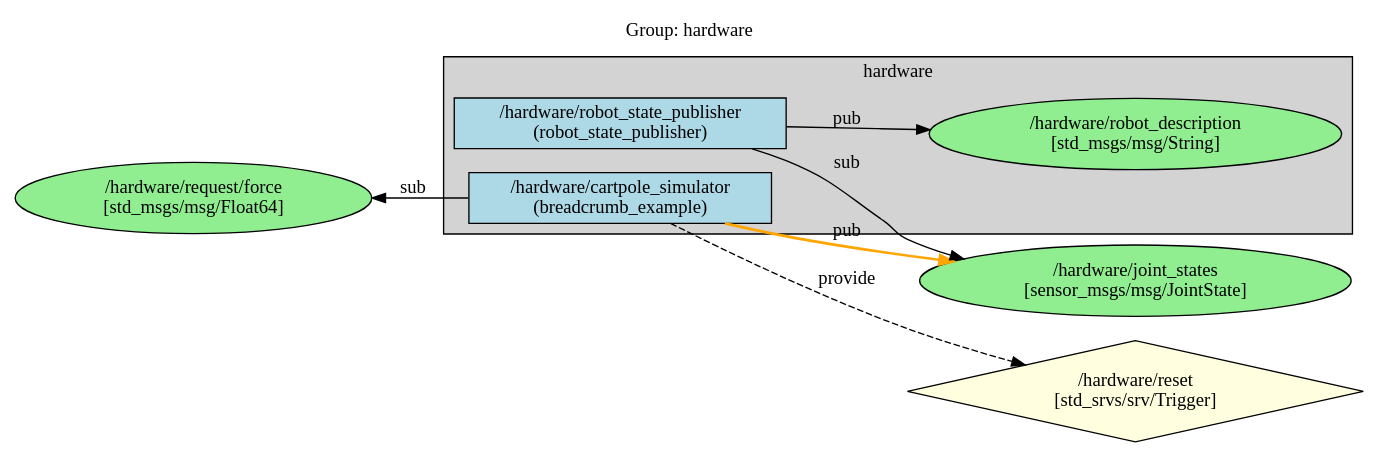
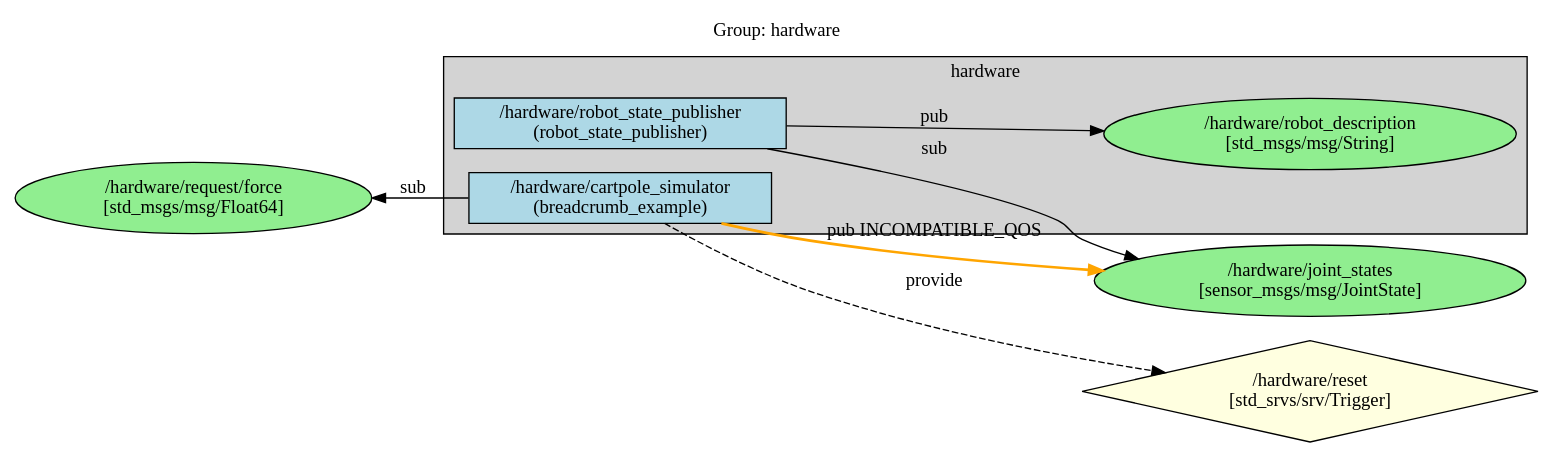
Before and after one commit to greenforge-labs/breadcrumb: the diagram in breadcrumb_example/ros_graphs/graph_group_hardware.dot, drawn with Graphviz. The commit also changed 7 other files, not shown here.

Commit message:
add cli warnings and INCOMPATIBILE_QOS lable on dot graph

```diff
--- a/breadcrumb_example/ros_graphs/graph_group_hardware.dot
+++ b/breadcrumb_example/ros_graphs/graph_group_hardware.dot
@@ -1,38 +1,38 @@
 digraph ROS2Group_hardware {
   rankdir=LR;
   node [shape=box];
   label="Group: hardware";
   labelloc=t;
 
   subgraph cluster_hardware {
     label="hardware";
     style=filled;
     fillcolor=lightgrey;
 
     // Group Nodes
     "/hardware/robot_state_publisher" [label="/hardware/robot_state_publisher\n(robot_state_publisher)", style=filled, fillcolor=lightblue];
     "/hardware/cartpole_simulator" [label="/hardware/cartpole_simulator\n(breadcrumb_example)", style=filled, fillcolor=lightblue];
 
     // Internal Topics
     "/hardware/robot_description" [label="/hardware/robot_description\n[std_msgs/msg/String]", shape=ellipse, style=filled, fillcolor=lightgreen];
   }
 
   // External Topics
   "/hardware/joint_states" [label="/hardware/joint_states\n[sensor_msgs/msg/JointState]", shape=ellipse, style=filled, fillcolor=lightgreen];
   "/hardware/request/force" [label="/hardware/request/force\n[std_msgs/msg/Float64]", shape=ellipse, style=filled, fillcolor=lightgreen];
 
   // External Services
   "/hardware/reset" [label="/hardware/reset\n[std_srvs/srv/Trigger]", shape=diamond, style=filled, fillcolor=lightyellow];
 
   // Internal Topic Edges
   "/hardware/robot_state_publisher" -> "/hardware/robot_description" [label="pub"];
 
   // External Topic Edges
-  "/hardware/cartpole_simulator" -> "/hardware/joint_states" [label="pub", color=orange, style=bold];
+  "/hardware/cartpole_simulator" -> "/hardware/joint_states" [label="pub INCOMPATIBLE_QOS", color=orange, style=bold];
   "/hardware/joint_states" -> "/hardware/robot_state_publisher" [label="sub", dir=back];
   "/hardware/request/force" -> "/hardware/cartpole_simulator" [label="sub", dir=back];
 
   // External Service Edges
   "/hardware/cartpole_simulator" -> "/hardware/reset" [label="provide", style=dashed];
 
 }
```
